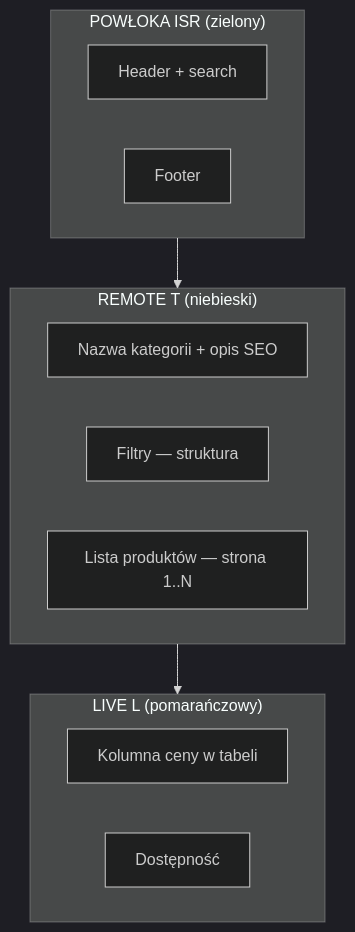
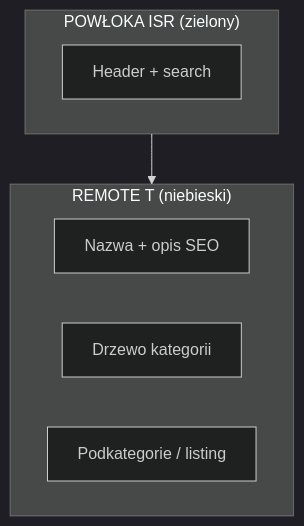
One commit to Regnar110/cursor-playground changed the diagram in apps/tmeNext/docs/CACHE-DLA-ZESPOLU.md. Above: the diagram before and after it, drawn with Mermaid (dark theme). The commit also changed other lines of this file and 11 other files, not shown here.

````diff
--- a/apps/tmeNext/docs/CACHE-DLA-ZESPOLU.md
+++ b/apps/tmeNext/docs/CACHE-DLA-ZESPOLU.md
@@ -79,21 +89,14 @@
 ```mermaid
 flowchart TB
     subgraph shell ["POWŁOKA ISR (zielony)"]
         H[Header + search]
-        F[Footer]
     end
 
     subgraph remote ["REMOTE T (niebieski)"]
-        CAT[Nazwa kategorii + opis SEO]
-        FIL[Filtry — struktura]
-        LIST[Lista produktów — strona 1..N]
-    end
-
-    subgraph live ["LIVE L (pomarańczowy)"]
-        PRICE[Kolumna ceny w tabeli]
-        STOCK[Dostępność]
+        CAT[Nazwa + opis SEO]
+        TREE[Drzewo kategorii]
+        GRID[Podkategorie / listing]
     end
 
     shell --> remote
-    remote --> live
 ```
````
